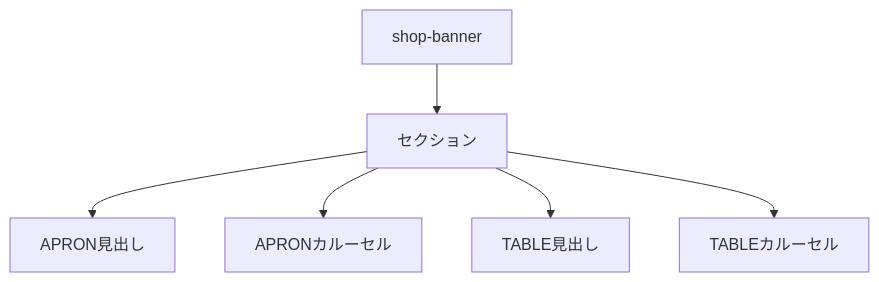
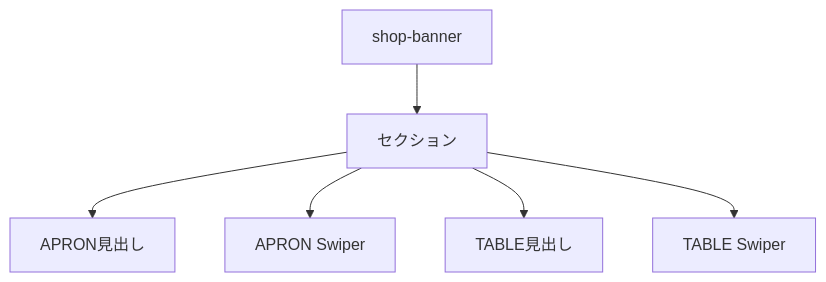
The second of 6 diagrams in docs/設計_下部ECカルーセル.md (vibe-coding-world/musekinin-recipe-chapdaddy), drawn with Mermaid before and after one commit. The commit also changed other lines of this file and 3 other files, not shown here.

````diff
--- a/docs/設計_下部ECカルーセル.md
+++ b/docs/設計_下部ECカルーセル.md
@@ -17,8 +28,8 @@
 ```mermaid
 flowchart TD
   A[shop-banner] --> B[セクション]
   B --> C[APRON見出し]
-  B --> D[APRONカルーセル]
+  B --> D[APRON Swiper]
   B --> E[TABLE見出し]
-  B --> F[TABLEカルーセル]
+  B --> F[TABLE Swiper]
 ```
````
